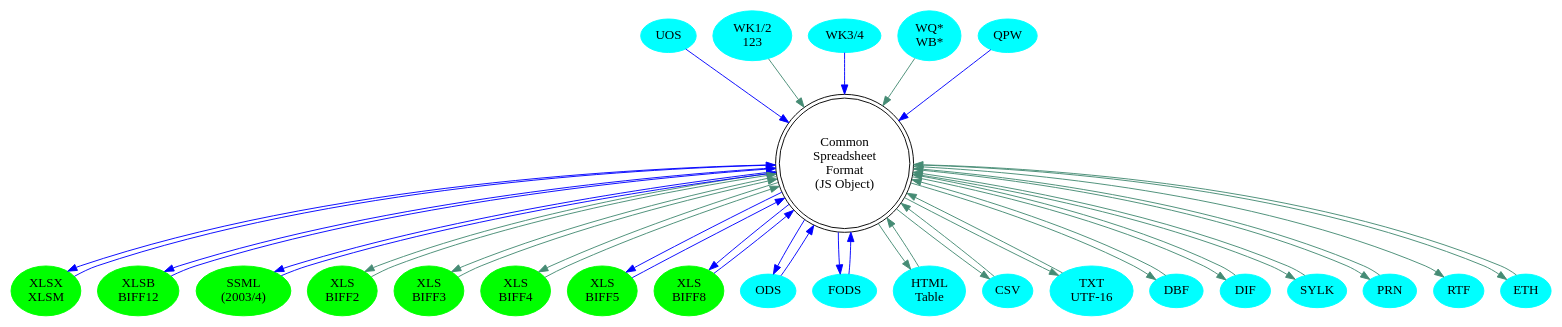
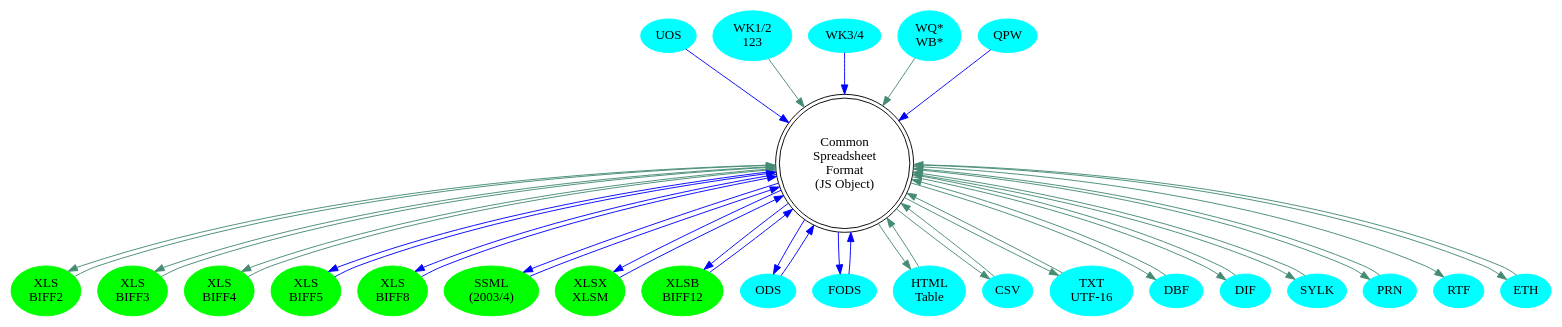
One commit to KingTiger001/sheet-project changed the diagram in misc/formats.dot. Above: the diagram before and after it, drawn with Graphviz. The commit also changed other lines of this file and 74 other files, not shown here.

```diff
--- a/misc/formats.dot
+++ b/misc/formats.dot
@@ -1,85 +1,85 @@
 digraph G {
 	graph [mindist=0.1];
 	node [fontname="Indie Flower"];
 	csf [shape=doublecircle,label="Common\nSpreadsheet\nFormat\n(JS Object)"];
 	subgraph XL {
 		node  [style=filled,color="#00FF00"];
-		xlsx  [label="XLSX\nXLSM"];
-		xlsb  [label="XLSB\nBIFF12"];
-		xlml  [label="SSML\n(2003/4)"];
 		xls2  [label="XLS\nBIFF2"];
 		xls3  [label="XLS\nBIFF3"];
 		xls4  [label="XLS\nBIFF4"];
 		xls5  [label="XLS\nBIFF5"];
 		xls8  [label="XLS\nBIFF8"];
+		xlml  [label="SSML\n(2003/4)"];
+		xlsx  [label="XLSX\nXLSM"];
+		xlsb  [label="XLSB\nBIFF12"];
 	}
 
 	subgraph OLD {
 		node  [style=filled,color=cyan];
 		ods   [label="ODS"];
 		fods  [label="FODS"];
 		uos   [label="UOS"];
 		html  [label="HTML\nTable"];
 		csv   [label="CSV"];
 		txt   [label="TXT\nUTF-16"];
 		dbf   [label="DBF"];
 		dif   [label="DIF"];
 		slk   [label="SYLK"];
 		prn   [label="PRN"];
 		rtf   [label="RTF"];
 		wk1   [label="WK1/2\n123"];
 		wk3   [label="WK3/4"];
 		wqb   [label="WQ*\nWB*"];
 		qpw   [label="QPW"];
 		eth   [label="ETH"];
 	}
 
 	subgraph WORKBOOK {
 		edge [color=blue];
 		csf -> xlsx
 		xlsx -> csf
 		csf -> xlsb
 		xlsb -> csf
 		csf -> xlml
 		xlml -> csf
 		csf -> xls5
 		xls5 -> csf
 		csf -> xls8
 		xls8 -> csf
 		ods -> csf
 		csf -> ods
 		fods -> csf
 		csf -> fods
 		uos -> csf
 		wk3 -> csf
 		qpw -> csf
 	}
 	subgraph WORKSHEET {
 		edge [color=aquamarine4];
 		xls2 -> csf
 		csf -> xls2
 		xls3 -> csf
 		csf -> xls3
 		xls4 -> csf
 		csf -> xls4
 		csf -> slk
 		slk -> csf
 		csf -> dif
 		wk1 -> csf
 		wqb -> csf
 		dif -> csf
 		csf -> rtf
 		prn -> csf
 		csf -> prn
 		csv -> csf
 		csf -> csv
 		txt -> csf
 		csf -> txt
 		dbf -> csf
 		csf -> dbf
 		html -> csf
 		csf -> html
 		csf -> eth
 		eth -> csf
 	}
 }
```
